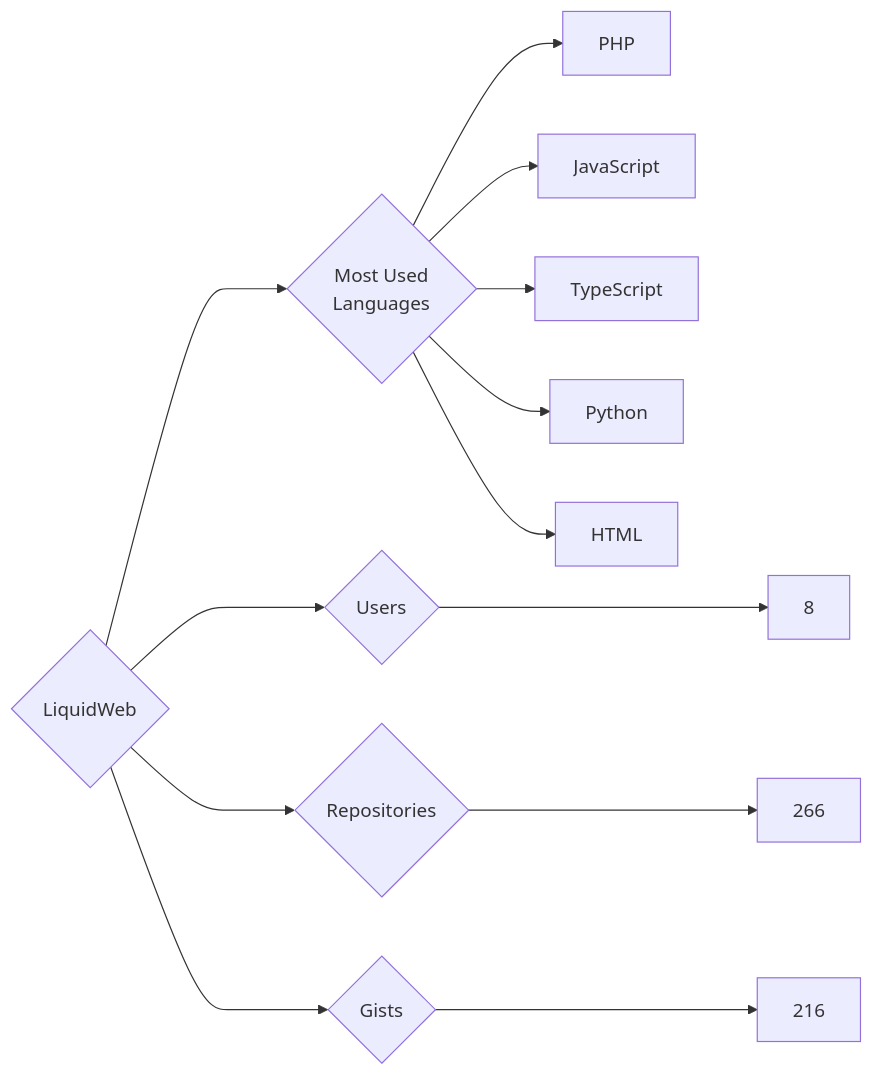
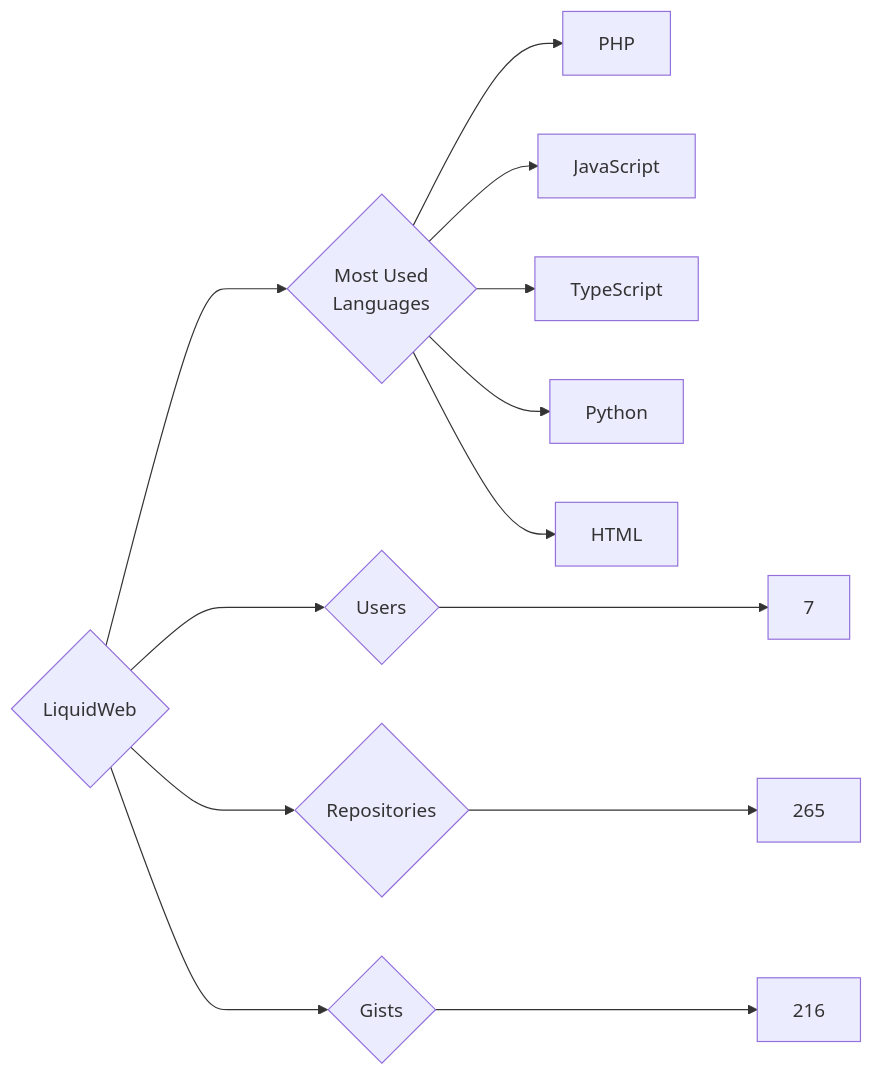
The diagram in targets/LiquidWeb/README.md (trickest/insiders), drawn with Mermaid before and after one commit. The commit also changed 912 other files, not shown here.

````diff
--- a/targets/LiquidWeb/README.md
+++ b/targets/LiquidWeb/README.md
@@ -3,13 +3,13 @@
 ```mermaid
 graph LR
 COMPANY_NAME{LiquidWeb}
-COMPANY_NAME ---> U{Users} ---> UN[8]
-COMPANY_NAME ---> R{Repositories} ---> RN[266]
+COMPANY_NAME ---> U{Users} ---> UN[7]
+COMPANY_NAME ---> R{Repositories} ---> RN[265]
 COMPANY_NAME ---> G{Gists} ---> GN[216]
 COMPANY_NAME ---> ML{Most Used<br>Languages}
 ML --> PHP[PHP]
 ML --> JavaScript[JavaScript]
 ML --> TypeScript[TypeScript]
 ML --> Python[Python]
 ML --> HTML[HTML]
 ```
````
